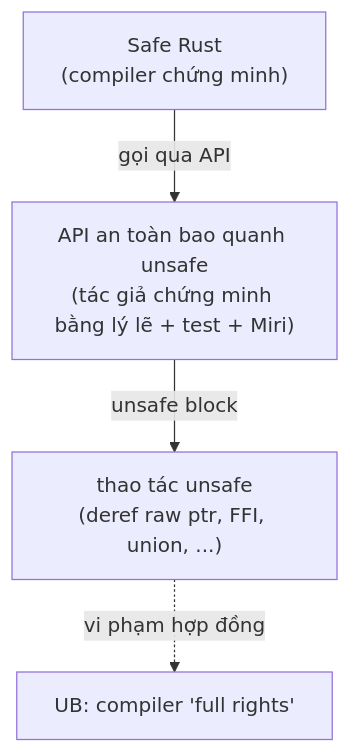
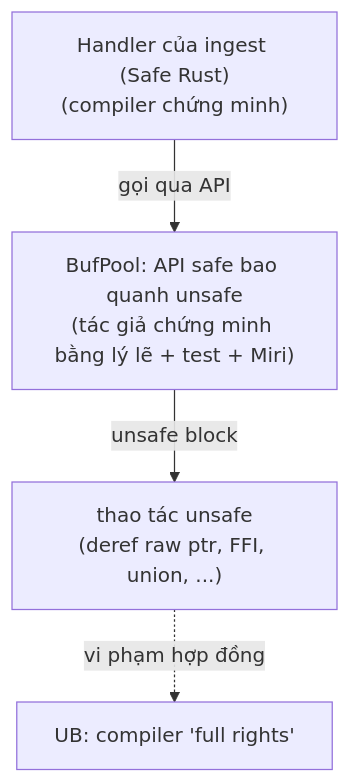
The first of 4 diagrams in docs/10-rust-internals/07-unsafe-ub-miri.md (pirumu/irust), drawn with Mermaid before and after one commit. The commit also changed other lines of this file and 35 other files, not shown here.

````diff
--- a/docs/10-rust-internals/07-unsafe-ub-miri.md
+++ b/docs/10-rust-internals/07-unsafe-ub-miri.md
@@ -71,6 +91,6 @@
 ```mermaid
 flowchart TD
-  S["Safe Rust<br/>(compiler chứng minh)"] -->|"gọi qua API"| W["API an toàn bao quanh unsafe<br/>(tác giả chứng minh bằng lý lẽ + test + Miri)"]
+  S["Handler của ingest (Safe Rust)<br/>(compiler chứng minh)"] -->|"gọi qua API"| W["BufPool: API safe bao quanh unsafe<br/>(tác giả chứng minh bằng lý lẽ + test + Miri)"]
   W -->|"unsafe block"| U["thao tác unsafe<br/>(deref raw ptr, FFI, union, ...)"]
   U -.->|"vi phạm hợp đồng"| UB["UB: compiler 'full rights'"]
 ```
````
